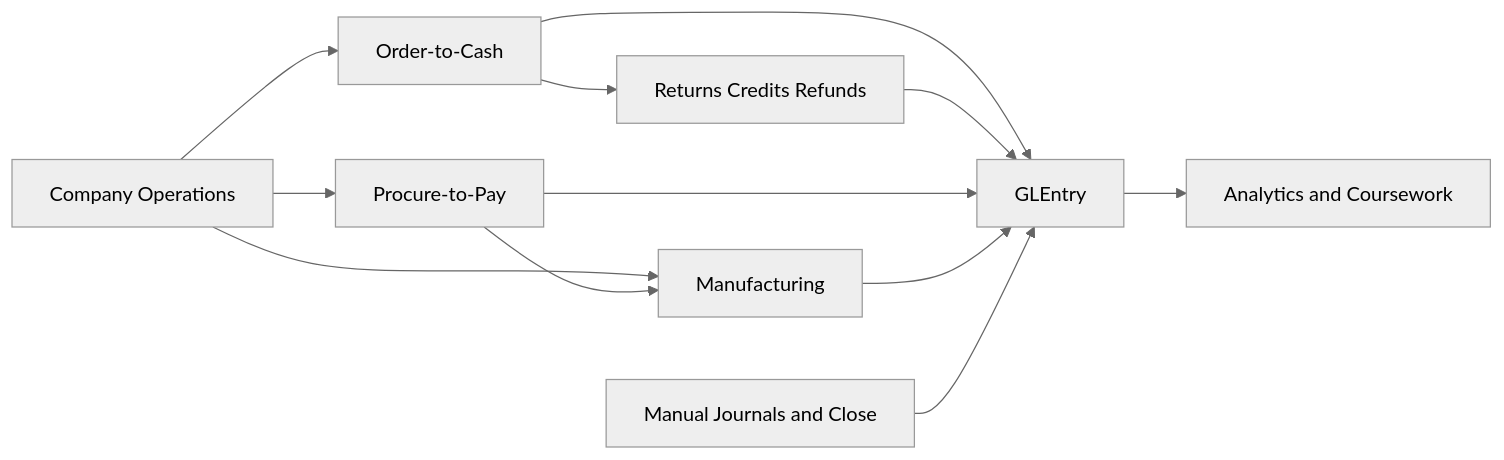
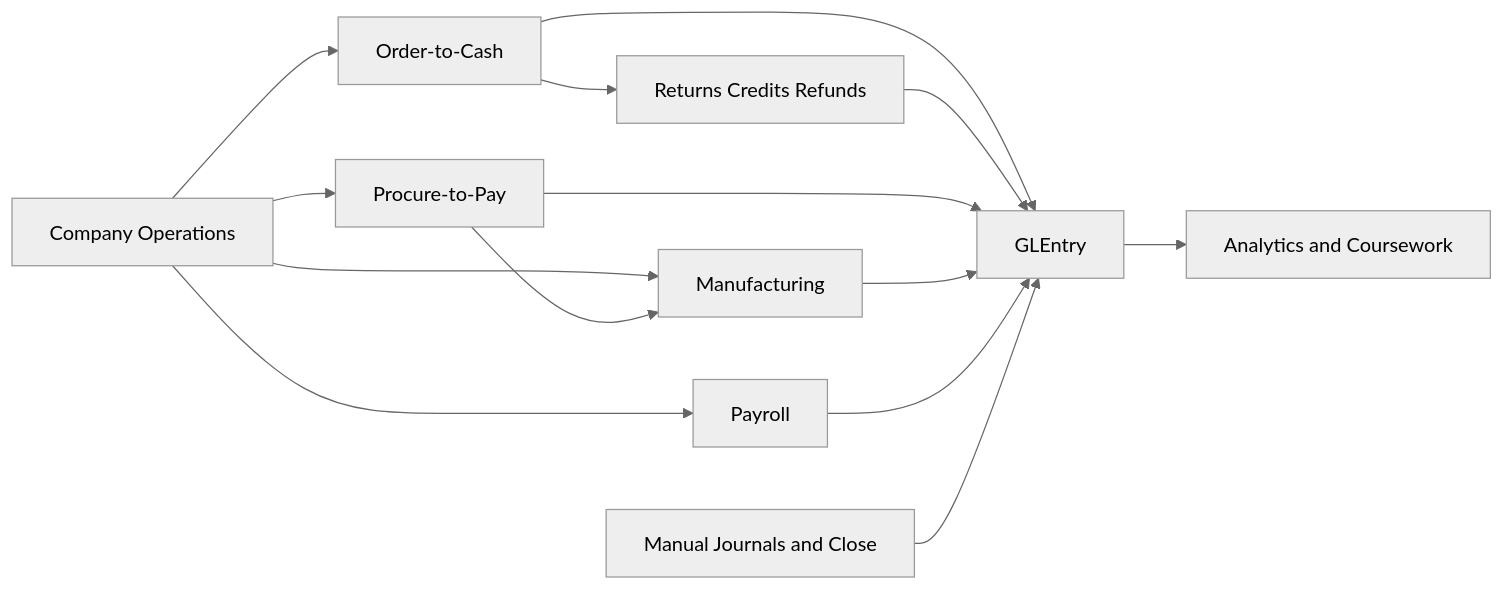
The first of 2 diagrams in docs/process-flows.md (mmcodesso/CharlesRiver_Database), drawn with Mermaid (neutral theme) before and after one commit. The commit also changed other lines of this file and 44 other files, not shown here.

````diff
--- a/docs/process-flows.md
+++ b/docs/process-flows.md
@@ -25,23 +26,26 @@
 ```mermaid
 flowchart LR
     STORY[Company Operations]
     O2C[Order-to-Cash]
     RET[Returns Credits Refunds]
     P2P[Procure-to-Pay]
     MFG[Manufacturing]
+    PAY[Payroll]
     JE[Manual Journals and Close]
     GL[GLEntry]
     AN[Analytics and Coursework]
 
     STORY --> O2C
     STORY --> P2P
     STORY --> MFG
+    STORY --> PAY
     O2C --> RET
     P2P --> MFG
     O2C --> GL
     RET --> GL
     P2P --> GL
     MFG --> GL
+    PAY --> GL
     JE --> GL
     GL --> AN
 ```
````
